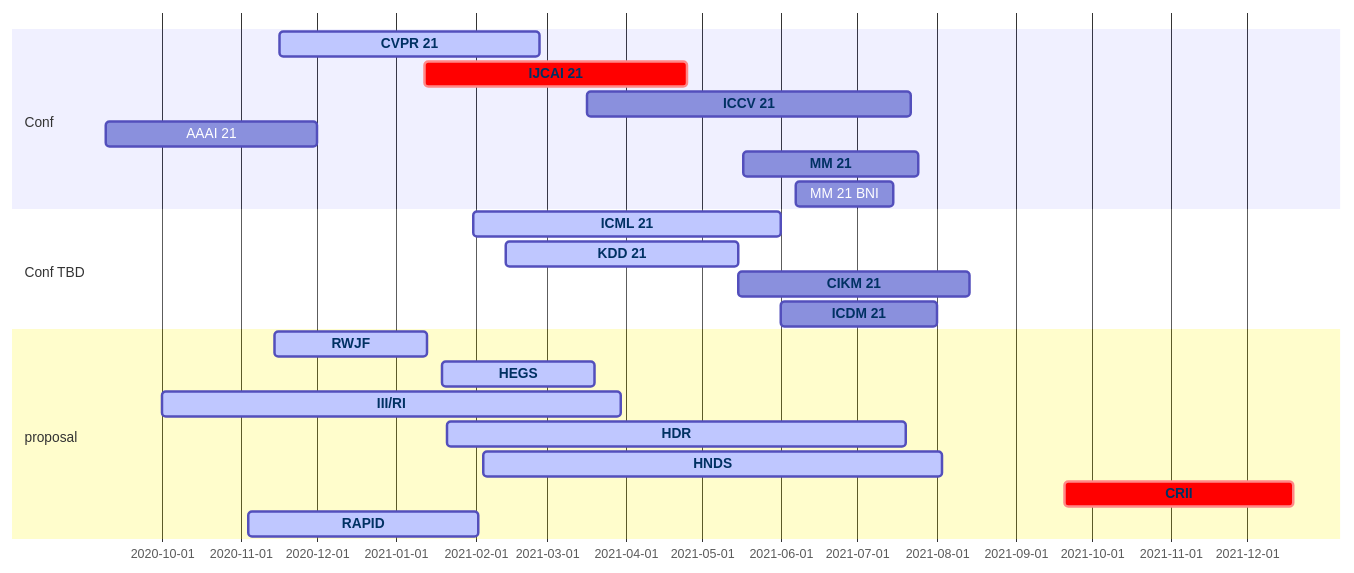
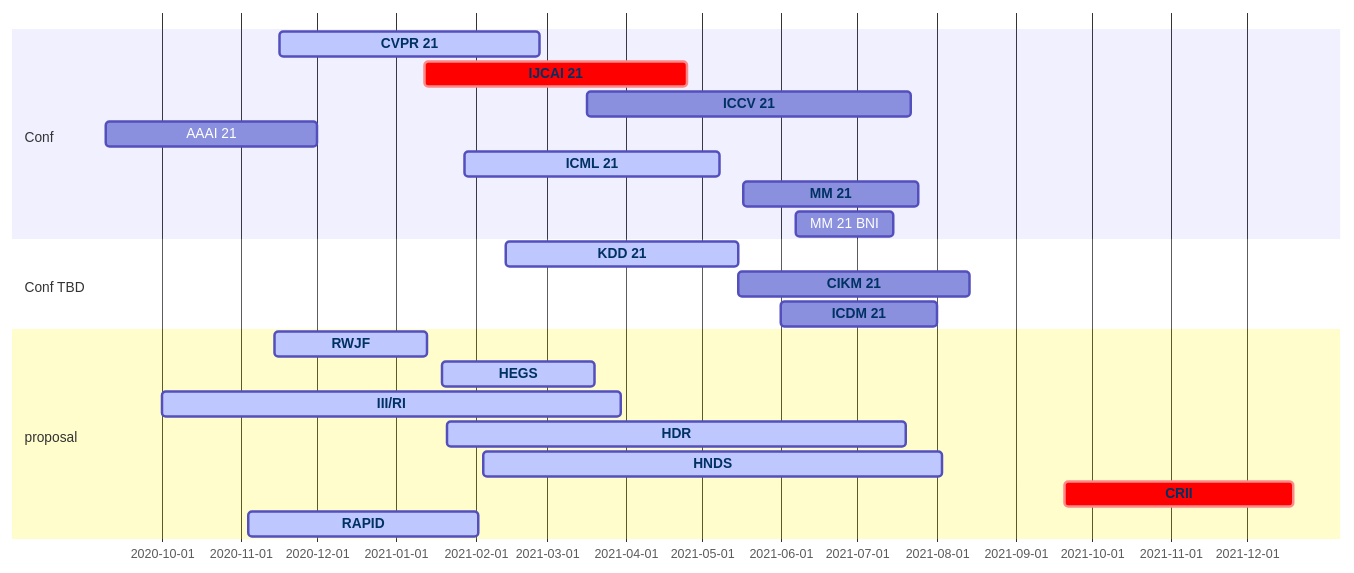
Before and after one commit to aquastar/academic-kickstart: the diagram in content/post/conf/index.md, drawn with Mermaid.

````diff
--- a/content/post/conf/index.md
+++ b/content/post/conf/index.md
@@ -16,41 +16,42 @@
 ```mermaid
 gantt
   dateFormat  MM/DD/YY
   section Conf
     CVPR 21 :active, cvpr, 11/16/20, 02/26/21
     IJCAI 21 :crit, ijcai, 01/12/21, 04/25/21
     ICCV 21 :iccv, 03/17/21, 07/22/21
     AAAI 21 :aaai, 09/09/20, 12/01/20
+    ICML 21:active, icml, 01/28/21, 05/08/21
+
     MM 21:mm, 05/17/21, 07/25/21
     MM 21 BNI:mmbni, 06/07/21, 07/15/21
   section Conf TBD
-    ICML 21:active, icml, 01/31/21, 06/01/21
     KDD 21:active, kdd, 02/13/21, 05/15/21
     CIKM 21:cikm, 05/15/21, 08/14/21
     ICDM 21:icdm, 06/01/21, 08/01/21
   section proposal
     RWJF :active, rwjf, 11/14/20, 60d
     HEGS: active, hegs, 01/19/21, 60d
     III/RI: active, iis, 10/01/20, 180d
     HDR :active, hdr, 01/21/21, 180d
     HNDS :active, hnds, 02/04/21, 180d
     CRII :crit, crii, 09/20/21, 90d 
     RAPID:active, rapid, 11/04/20, 90d
 
   click cvpr href "http://cvpr2021.thecvf.com/"
   click iccv href "http://iccv2021.thecvf.com/"
-  click icml href "https://mermaidjs.github.io/"
+  click icml href "https://icml.cc/Conferences/2021"
   click ijcai href "http://www.ijcai-21.org/"
   click kdd href "http://www.kdd.org/kdd2021"
   click www href "https://www2021.thewebconf.org/"
   click cikm href "https://www.cikm2021.org/"
   click icdm href "http://icdm2021.bigke.org"
   click mm href "https://2020.acmmm.org/index.html"
   click crii href "https://www.nsf.gov/funding/pgm_summ.jsp?pims_id=504952"
   click hdr href "https://www.nsf.gov/funding/pgm_summ.jsp?pims_id=505828&org=NSF&sel_org=CISE&from=fund"
   click hnds href "https://www.nsf.gov/funding/pgm_summ.jsp?pims_id=505702"
   click rwjf href "https://anr.rwjf.org/viewCfp.do?cfpId=1509&cfpOverviewId="
   click iis href "https://www.nsf.gov/funding/pgm_summ.jsp?pims_id=505667&org=NSF"
   click hegs href "https://www.nsf.gov/funding/pgm_summ.jsp?pims_id=505745&org=NSF&sel_org=NSF&from=fund"
   click rapid href "https://www.nsf.gov/news/special_reports/coronavirus/"
 ```
````
